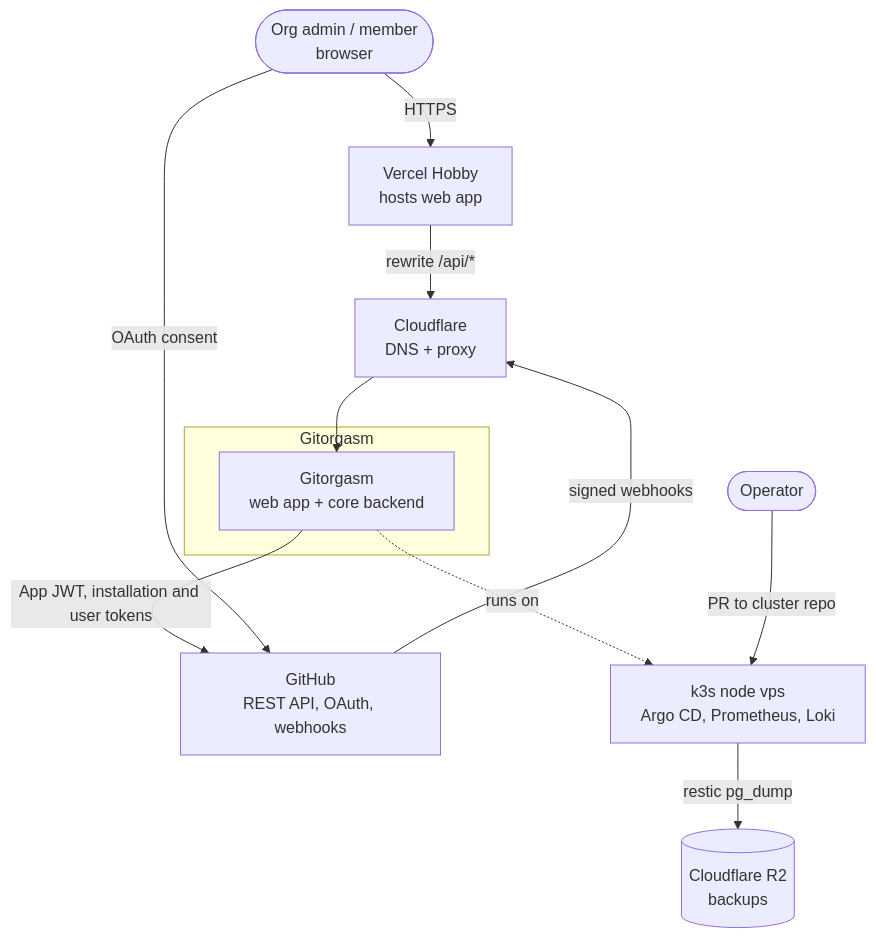
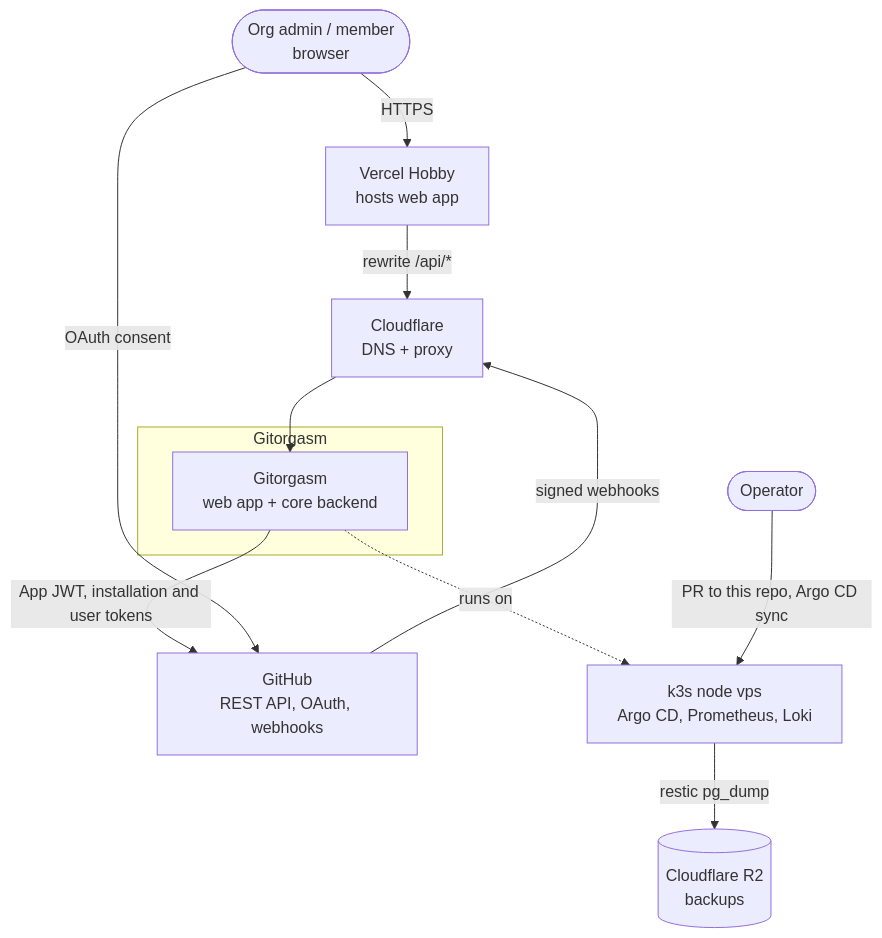
One commit to upayanmazumder/gitorgasm changed the first of 4 diagrams in docs/architecture/system-architecture.md. Above: the diagram before and after it, drawn with Mermaid. The commit also changed other lines of this file and 21 other files, not shown here.

````diff
--- a/docs/architecture/system-architecture.md
+++ b/docs/architecture/system-architecture.md
@@ -7,23 +7,23 @@
 ```mermaid
 flowchart TB
   admin([Org admin / member<br/>browser])
   op([Operator])
   subgraph gitorgasm["Gitorgasm"]
     sys[Gitorgasm<br/>web app + core backend]
   end
   gh[GitHub<br/>REST API, OAuth, webhooks]
   vercel[Vercel Hobby<br/>hosts web app]
   cf[Cloudflare<br/>DNS + proxy]
   r2[(Cloudflare R2<br/>backups)]
   cluster[k3s node vps<br/>Argo CD, Prometheus, Loki]
 
   admin -->|HTTPS| vercel
   vercel -->|rewrite /api/*| cf
   cf --> sys
   gh -->|signed webhooks| cf
   sys -->|App JWT, installation and user tokens| gh
   admin -->|OAuth consent| gh
   sys -. runs on .-> cluster
   cluster -->|restic pg_dump| r2
-  op -->|PR to cluster repo| cluster
+  op -->|PR to this repo, Argo CD sync| cluster
 ```
````
